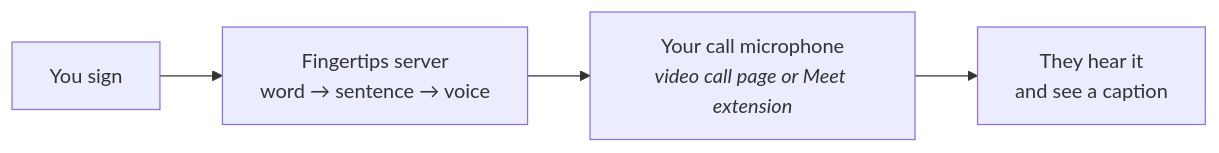
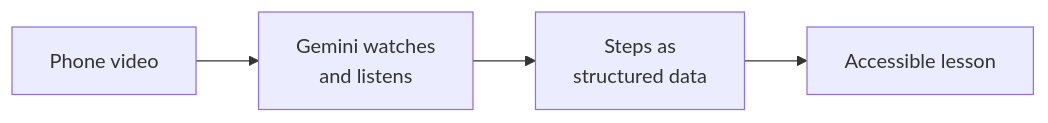
One commit to GaneshMunagala714/fingertips changed the third of 3 diagrams in README.md. Above: the diagram before and after it, drawn with Mermaid. The commit also changed other lines of this file and 189 other files, not shown here.

````diff
--- a/README.md
+++ b/README.md
@@ -179,6 +150,6 @@
 ```mermaid
 flowchart LR
-    A["You sign"] --> B["Fingertips server<br/>word → sentence → voice"]
-    B --> C["Your call microphone<br/><i>video call page or Meet extension</i>"]
-    C --> D["They hear it<br/>and see a caption"]
+    A[Phone video] --> B[Gemini watches<br/>and listens]
+    B --> C[Steps as<br/>structured data]
+    C --> D[Accessible lesson]
 ```
````
